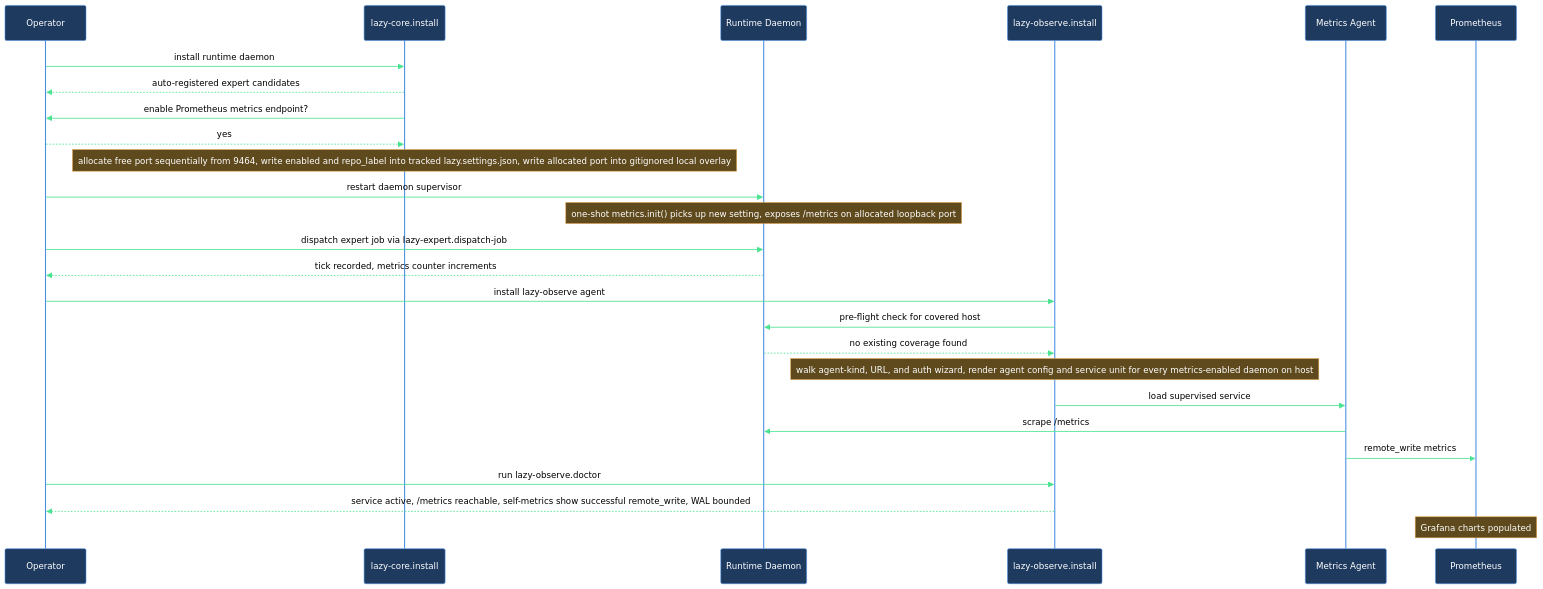
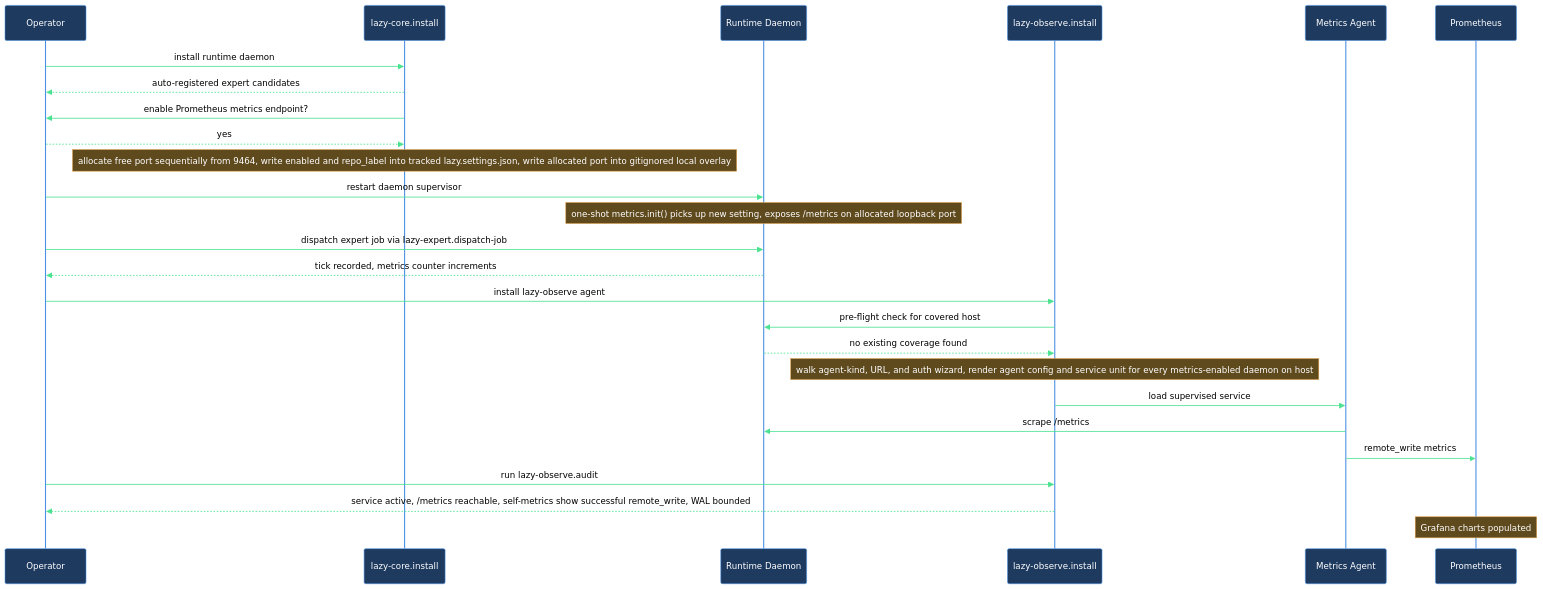
Before and after one commit to mebius-san/lazy-cortex: the diagram in claude/lazycortex-observe/help/walkthroughs/ship-metrics-end-to-end.md, drawn with Mermaid. The commit also changed other lines of this file and 288 other files, not shown here.

First line of the commit message:
release core 9.3.0, diagram 1.2.1, experts 1.5.0, observe 2.0.0, obsidian 5.2.1, python 4.4.0, review 6.4.3, specs 8.0.0, wiki 3.0.0

````diff
--- a/claude/lazycortex-observe/help/walkthroughs/ship-metrics-end-to-end.md
+++ b/claude/lazycortex-observe/help/walkthroughs/ship-metrics-end-to-end.md
@@ -87,30 +87,30 @@
 ```mermaid
 %%{init: {'themeVariables':{'background':'transparent','primaryColor':'#1e3a5f','primaryBorderColor':'#4a90e2','primaryTextColor':'#fff','lineColor':'#4ae290','actorBkg':'#1e3a5f','actorBorder':'#4a90e2','actorTextColor':'#fff','actorLineColor':'#4a90e2','signalColor':'#4ae290','signalTextColor':'#000','noteBkgColor':'#5f4a1e','noteBorderColor':'#e2a14a','noteTextColor':'#fff','labelBoxBkgColor':'#5f4a1e','labelBoxBorderColor':'#e2a14a','labelTextColor':'#fff','loopTextColor':'#e2a14a'},'sequence':{'diagramPadding':5,'useMaxWidth':true}}}%%
 sequenceDiagram
   participant operator as Operator
   participant installer as lazy-core.install
   participant daemon as Runtime Daemon
   participant observeInstall as lazy-observe.install
   participant metricsAgent as Metrics Agent
   participant prometheus as Prometheus
 
   operator->>installer: install runtime daemon
   installer-->>operator: auto-registered expert candidates
   installer->>operator: enable Prometheus metrics endpoint?
   operator-->>installer: yes
   Note over installer: allocate free port sequentially from 9464, write enabled and repo_label into tracked lazy.settings.json, write allocated port into gitignored local overlay
   operator->>daemon: restart daemon supervisor
   Note over daemon: one-shot metrics.init() picks up new setting, exposes /metrics on allocated loopback port
   operator->>daemon: dispatch expert job via lazy-expert.dispatch-job
   daemon-->>operator: tick recorded, metrics counter increments
   operator->>observeInstall: install lazy-observe agent
   observeInstall->>daemon: pre-flight check for covered host
   daemon-->>observeInstall: no existing coverage found
   Note over observeInstall: walk agent-kind, URL, and auth wizard, render agent config and service unit for every metrics-enabled daemon on host
   observeInstall->>metricsAgent: load supervised service
   metricsAgent->>daemon: scrape /metrics
   metricsAgent->>prometheus: remote_write metrics
-  operator->>observeInstall: run lazy-observe.doctor
+  operator->>observeInstall: run lazy-observe.audit
   observeInstall-->>operator: service active, /metrics reachable, self-metrics show successful remote_write, WAL bounded
   Note over prometheus: Grafana charts populated
 ```
````
